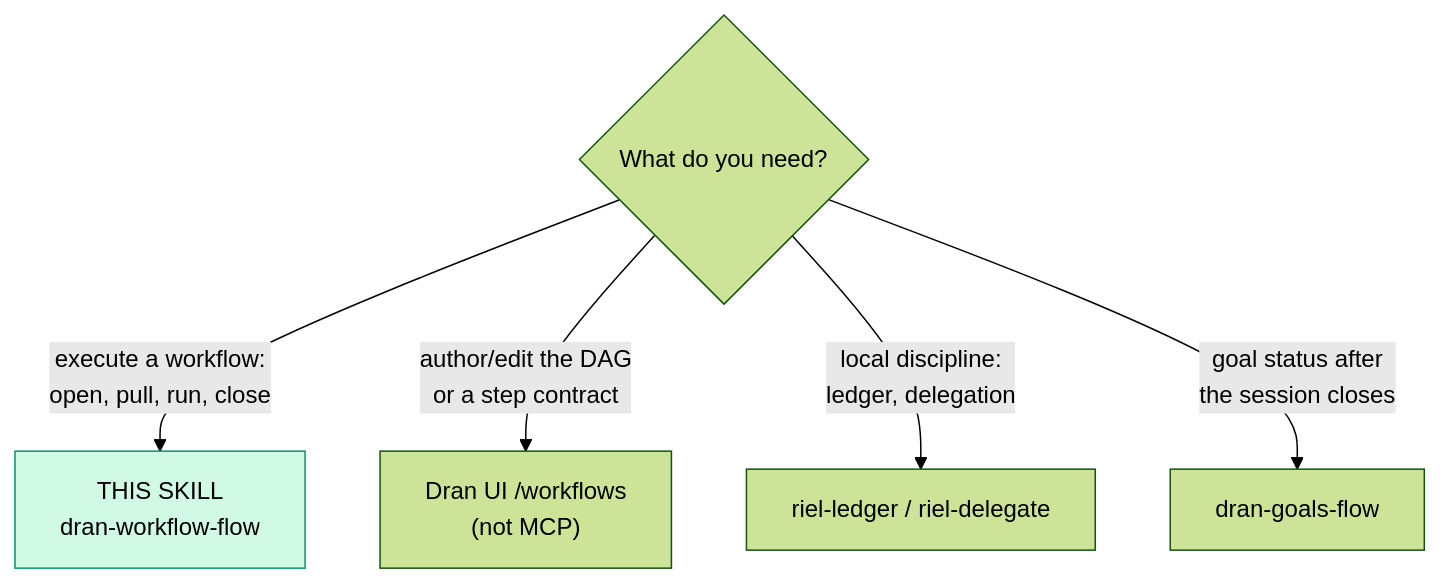
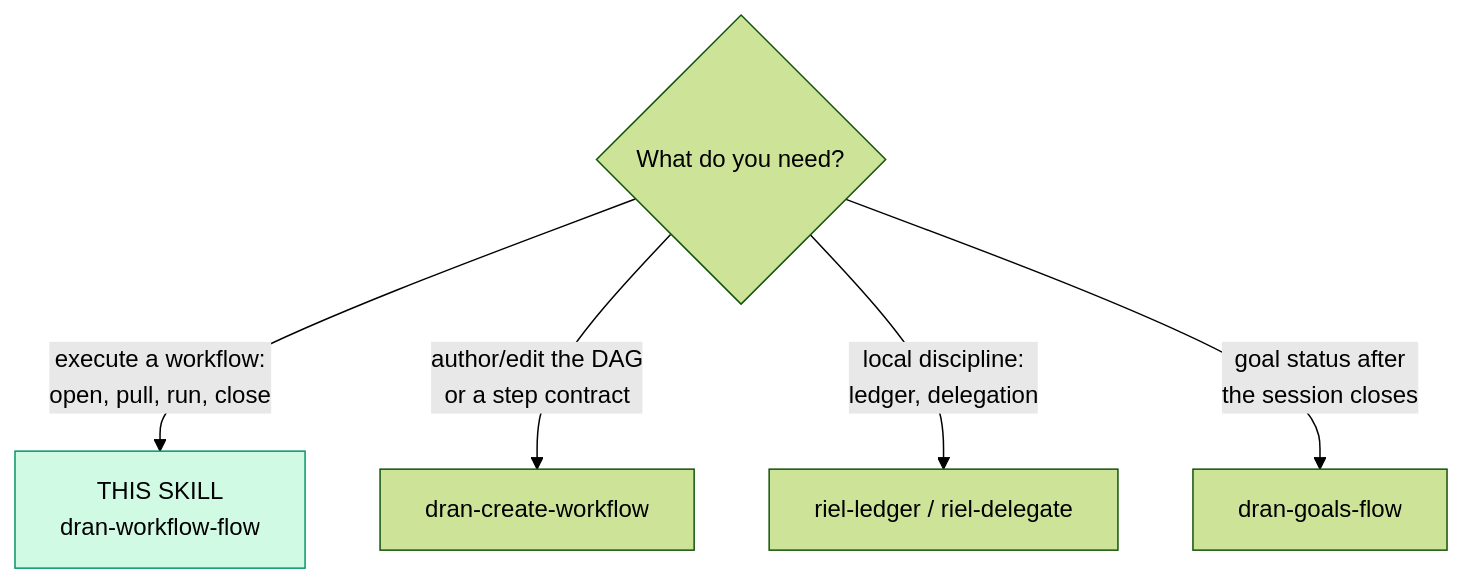
One commit to alvarolizama/dran changed the first of 2 diagrams in skills/dran-workflow-flow/SKILL.md. Above: the diagram before and after it, drawn with Mermaid (forest theme). The commit also changed other lines of this file and 3 other files, not shown here.

First line of the commit message:
docs(skills): skill dran-create-workflow — autoría de workflows desde un plan

````diff
--- a/skills/dran-workflow-flow/SKILL.md
+++ b/skills/dran-workflow-flow/SKILL.md
@@ -22,9 +22,9 @@
 ```mermaid
 flowchart TD
   Q{What do you need?} -->|"execute a workflow:\nopen, pull, run, close"| SELF["THIS SKILL\ndran-workflow-flow"]
-  Q -->|"author/edit the DAG\nor a step contract"| UI["Dran UI /workflows\n(not MCP)"]
+  Q -->|"author/edit the DAG\nor a step contract"| C[dran-create-workflow]
   Q -->|"local discipline:\nledger, delegation"| R[riel-ledger / riel-delegate]
   Q -->|"goal status after\nthe session closes"| G[dran-goals-flow]
 
   style SELF fill:#d1fae5,stroke:#059669
 ```
````
